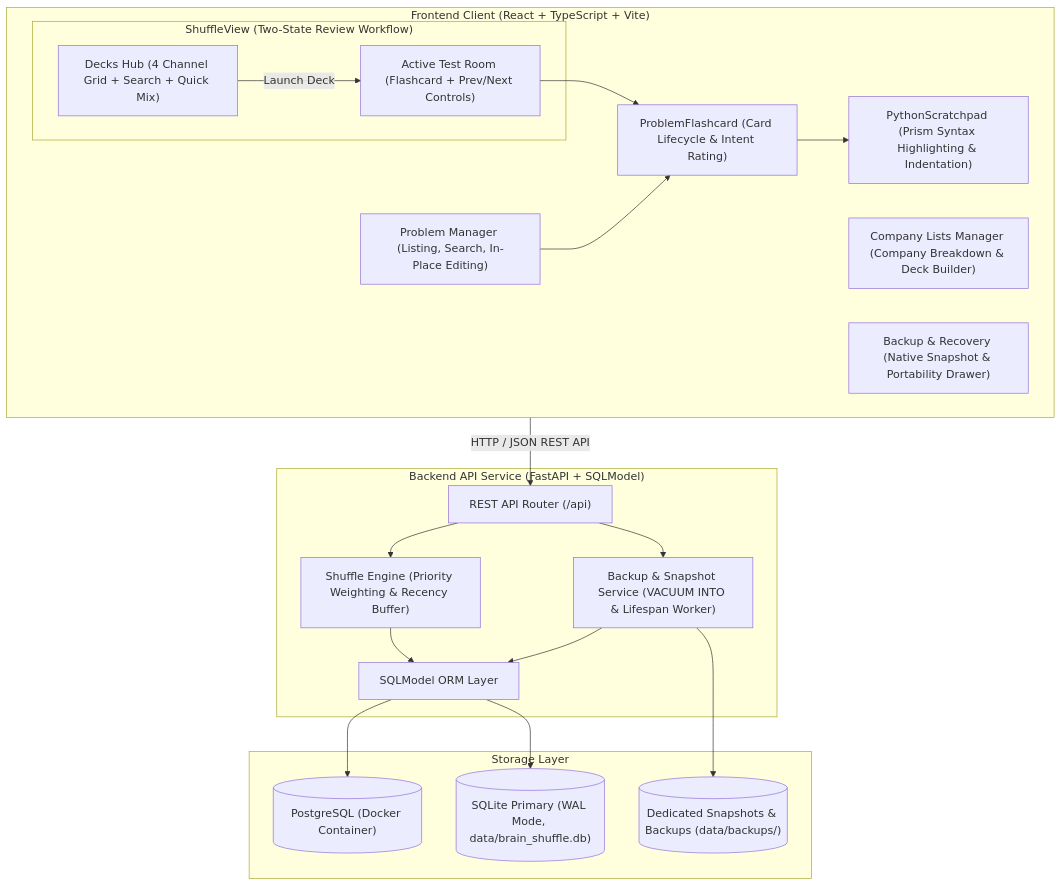
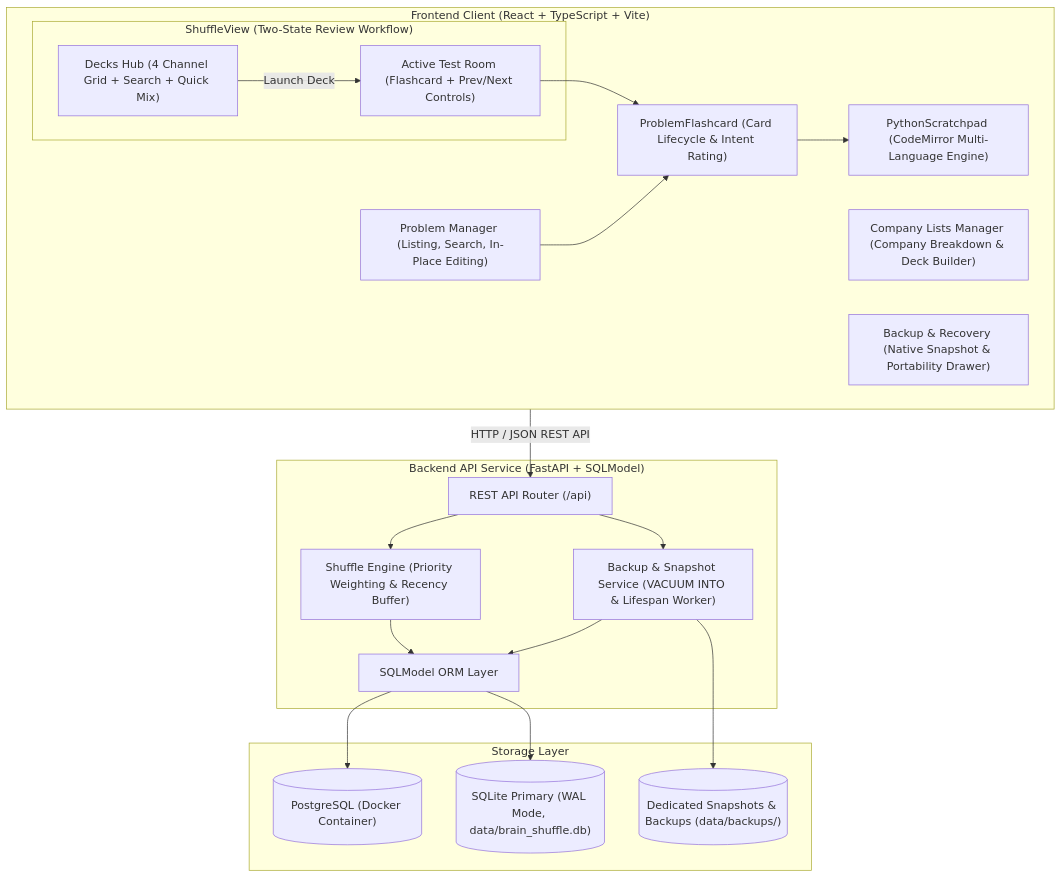
Before and after one commit to 92fueler/brain_shuffle: the second of 6 diagrams in docs/DESIGN.md, drawn with Mermaid. The commit also changed other lines of this file and 18 other files, not shown here.

First line of the commit message:
feat: streamline study/curate workflows, integrate CodeMirror 6, and enhance rolling cadence triage

````diff
--- a/docs/DESIGN.md
+++ b/docs/DESIGN.md
@@ -30,43 +31,43 @@
 ```mermaid
 graph TD
     subgraph Frontend ["Frontend Client (React + TypeScript + Vite)"]
         subgraph ShuffleViewModule ["ShuffleView (Two-State Review Workflow)"]
             DecksHub["Decks Hub (4 Channel Grid + Search + Quick Mix)"]
             ActiveRoom["Active Test Room (Flashcard + Prev/Next Controls)"]
         end
         ProblemMgr["Problem Manager (Listing, Search, In-Place Editing)"]
         CompanyMgr["Company Lists Manager (Company Breakdown & Deck Builder)"]
         BackupMgr["Backup & Recovery (Native Snapshot & Portability Drawer)"]
         FlashcardComp["ProblemFlashcard (Card Lifecycle & Intent Rating)"]
-        ScratchpadComp["PythonScratchpad (Prism Syntax Highlighting & Indentation)"]
+        ScratchpadComp["PythonScratchpad (CodeMirror Multi-Language Engine)"]
 
         DecksHub -->|Launch Deck| ActiveRoom
         ActiveRoom --> FlashcardComp
         ProblemMgr --> FlashcardComp
         FlashcardComp --> ScratchpadComp
     end
 
     subgraph Backend ["Backend API Service (FastAPI + SQLModel)"]
         Router["REST API Router (/api)"]
         ShuffleSvc["Shuffle Engine (Priority Weighting & Recency Buffer)"]
         BackupSvc["Backup & Snapshot Service (VACUUM INTO & Lifespan Worker)"]
         ORM["SQLModel ORM Layer"]
 
         Router --> ShuffleSvc
         Router --> BackupSvc
         ShuffleSvc --> ORM
         BackupSvc --> ORM
     end
 
     subgraph Storage ["Storage Layer"]
         PG[("PostgreSQL (Docker Container)")]
         SQLite[("SQLite Primary (WAL Mode, data/brain_shuffle.db)")]
         FileDump[("Dedicated Snapshots & Backups (data/backups/)")]
 
         ORM --> PG
         ORM --> SQLite
         BackupSvc --> FileDump
     end
 
     Frontend -->|HTTP / JSON REST API| Router
 ```
````
